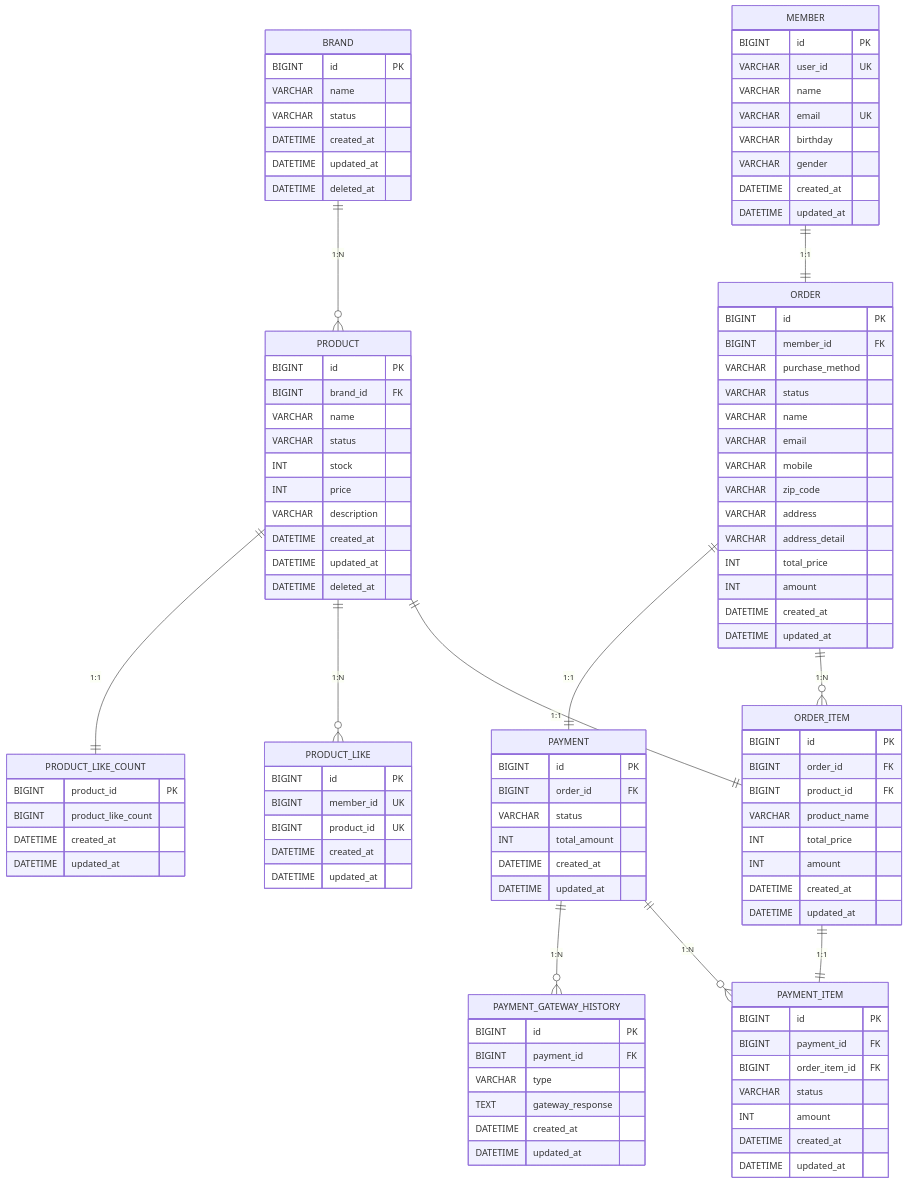
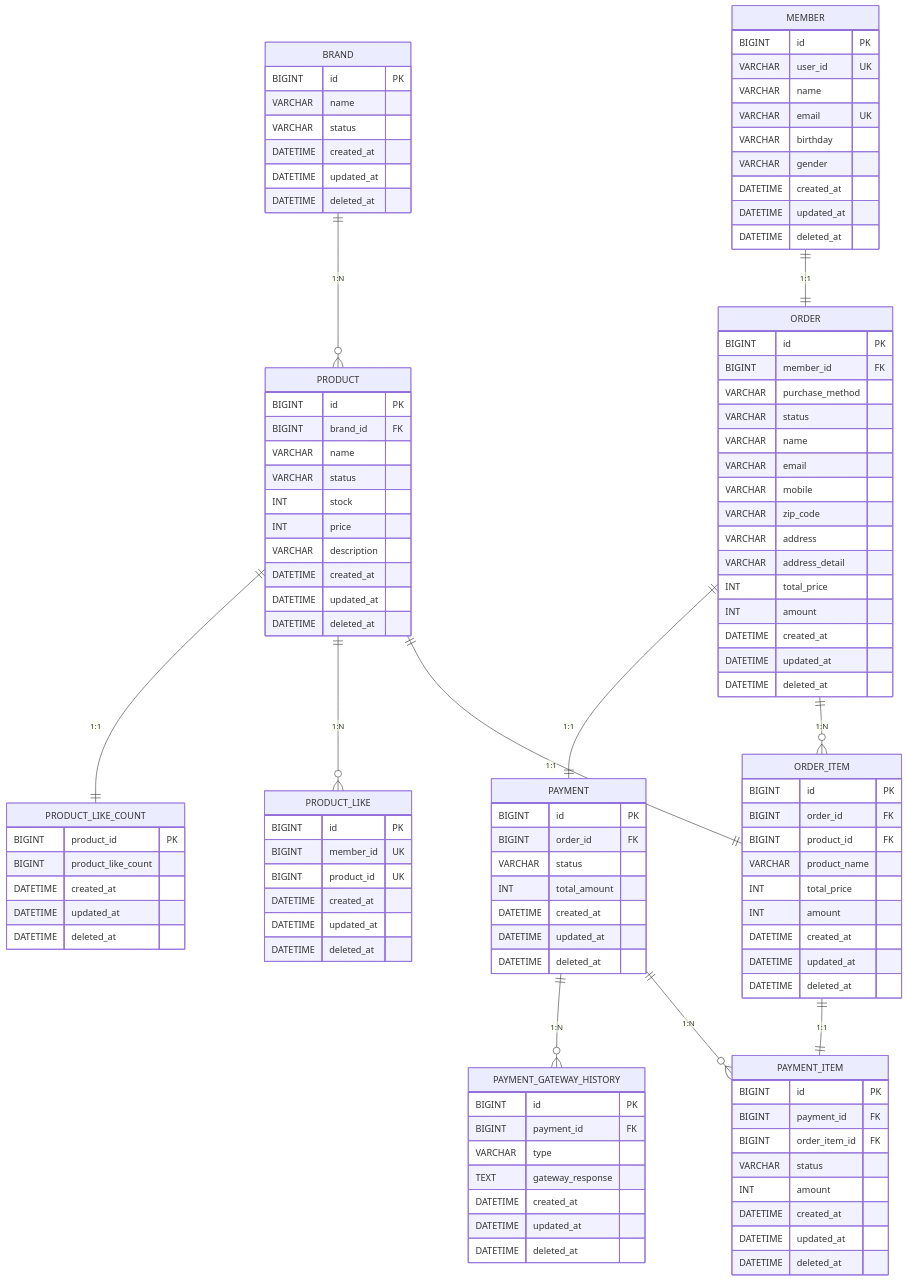
Before and after one commit to kiekk/gamsung-commerce: the diagram in docs/design/04-erd.md, drawn with Mermaid.

Commit message:
feat: deleted_at 컬럼 추가
* 통일성을 위해 전체 테이블에 컬럼 추가

````diff
--- a/docs/design/04-erd.md
+++ b/docs/design/04-erd.md
@@ -31,6 +31,7 @@
         VARCHAR gender
         DATETIME created_at
         DATETIME updated_at
+        DATETIME deleted_at
     }
 
     PRODUCT {
@@ -61,6 +62,7 @@
         INT amount
         DATETIME created_at
         DATETIME updated_at
+        DATETIME deleted_at
     }
 
     ORDER_ITEM {
@@ -72,6 +74,7 @@
         INT amount
         DATETIME created_at
         DATETIME updated_at
+        DATETIME deleted_at
     }
 
     PAYMENT {
@@ -81,6 +84,7 @@
         INT total_amount
         DATETIME created_at
         DATETIME updated_at
+        DATETIME deleted_at
     }
 
     PAYMENT_ITEM {
@@ -91,6 +95,7 @@
         INT amount
         DATETIME created_at
         DATETIME updated_at
+        DATETIME deleted_at
     }
 
     PRODUCT_LIKE_COUNT {
@@ -98,6 +103,7 @@
         BIGINT product_like_count
         DATETIME created_at
         DATETIME updated_at
+        DATETIME deleted_at
     }
 
     PRODUCT_LIKE {
@@ -106,6 +112,7 @@
         BIGINT product_id UK
         DATETIME created_at
         DATETIME updated_at
+        DATETIME deleted_at
     }
 
     PAYMENT_GATEWAY_HISTORY {
@@ -115,5 +122,6 @@
         TEXT gateway_response
         DATETIME created_at
         DATETIME updated_at
+        DATETIME deleted_at
     }
 ```
````
